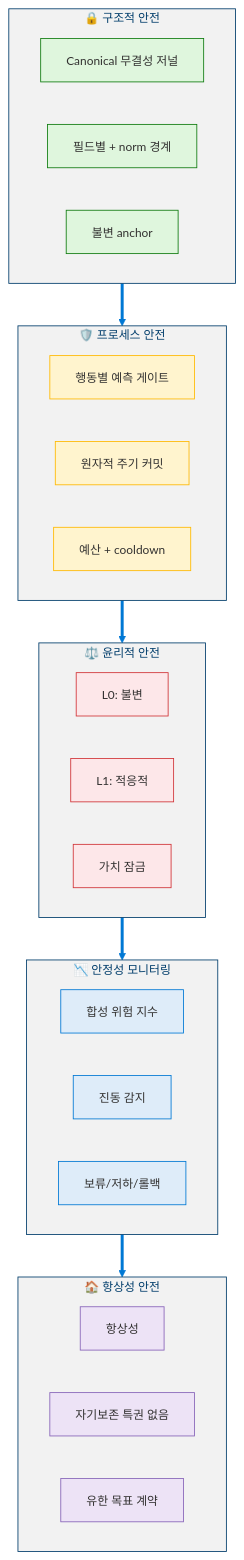
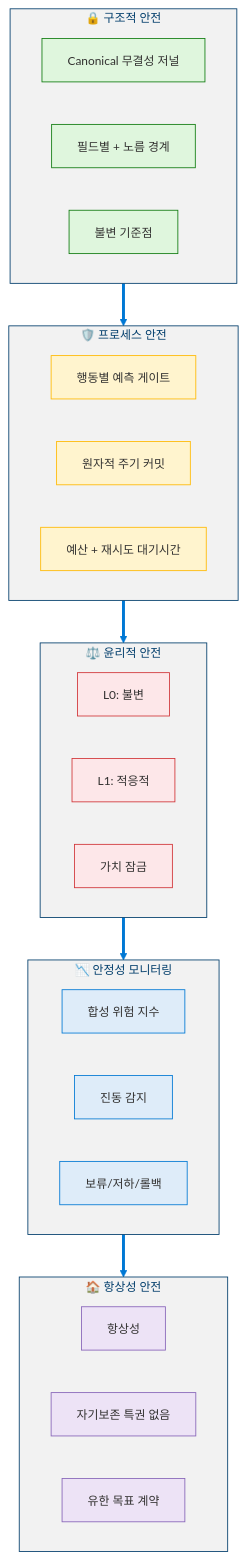
One commit to dotnetpower/mscp changed the tenth of 19 diagrams in docs/levels/Level_3_Self_Regulating_Agent.ko.md. Above: the diagram before and after it, drawn with Mermaid. The commit also changed other lines of this file and 33 other files, not shown here.

````diff
--- a/docs/levels/Level_3_Self_Regulating_Agent.ko.md
+++ b/docs/levels/Level_3_Self_Regulating_Agent.ko.md
@@ -783,49 +789,49 @@
 ```mermaid
 %%{init: {'theme': 'base', 'themeVariables': {'primaryColor': '#0078D4', 'primaryTextColor': '#003D6B', 'primaryBorderColor': '#003D6B', 'secondaryColor': '#50E6FF', 'secondaryTextColor': '#323130', 'secondaryBorderColor': '#00BCF2', 'tertiaryColor': '#F2F2F2', 'tertiaryTextColor': '#323130', 'lineColor': '#0078D4', 'textColor': '#323130', 'mainBkg': '#DEECF9', 'nodeBorder': '#0078D4', 'clusterBkg': '#F2F2F2', 'clusterBorder': '#003D6B', 'titleColor': '#003D6B', 'edgeLabelBackground': '#FFFFFF', 'fontSize': '14px'}}}%%
 flowchart TB
   classDef structural fill:#DFF6DD,stroke:#107C10,color:#323130
   classDef process fill:#FFF4CE,stroke:#FFB900,color:#323130
   classDef ethical fill:#FDE7E9,stroke:#D13438,color:#323130
   classDef convergence fill:#DEECF9,stroke:#0078D4,color:#323130
   classDef existential fill:#EDE3F6,stroke:#8764B8,color:#323130
 
   subgraph S1["🔒 구조적 안전"]
     direction LR
     A["Canonical 무결성 저널"]:::structural
-    B["필드별 + norm 경계"]:::structural
-    C["불변 anchor"]:::structural
+    B["필드별 + 노름 경계"]:::structural
+    C["불변 기준점"]:::structural
   end
 
   subgraph S2["🛡️ 프로세스 안전"]
     direction LR
     D["행동별 예측 게이트"]:::process
     E["원자적 주기 커밋"]:::process
-    F["예산 + cooldown"]:::process
+    F["예산 + 재시도 대기시간"]:::process
   end
 
   subgraph S3["⚖️ 윤리적 안전"]
     direction LR
     G["L0: 불변"]:::ethical
     H["L1: 적응적"]:::ethical
     I["가치 잠금"]:::ethical
   end
 
   subgraph S4["📉 안정성 모니터링"]
     direction LR
     J["합성 위험 지수"]:::convergence
     K["진동 감지"]:::convergence
     L["보류/저하/롤백"]:::convergence
   end
 
   subgraph S5["🏠 항상성 안전"]
     direction LR
     M["항상성"]:::existential
     N["자기보존 특권 없음"]:::existential
     O["유한 목표 계약"]:::existential
   end
 
   S1 ==> S2
   S2 ==> S3
   S3 ==> S4
   S4 ==> S5
 ```
````
